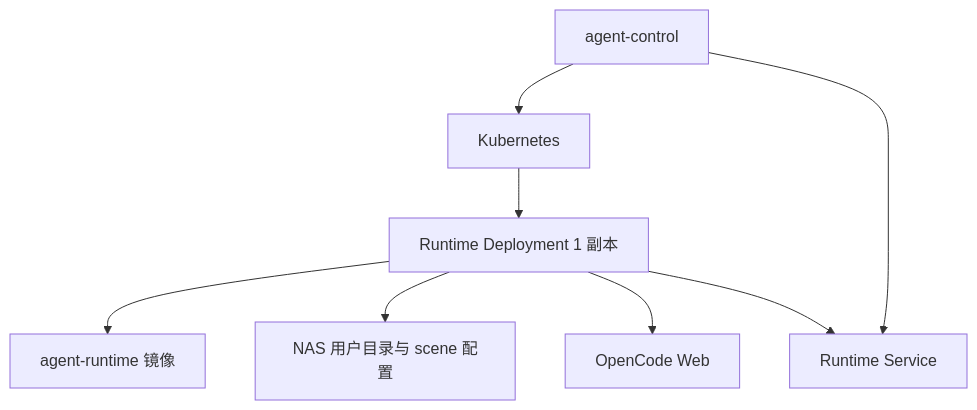
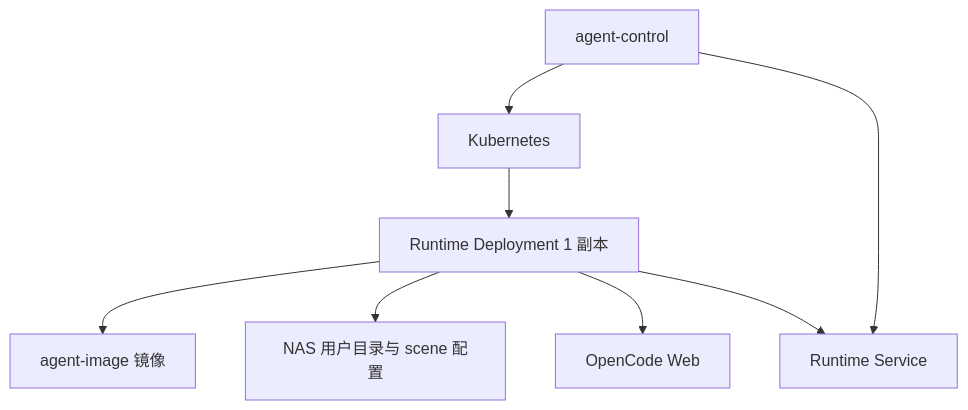
Before and after one commit to ArchAIHarness/agent-image: the diagram in README.md, drawn with Mermaid. The commit also changed other lines of this file and 1 other file, not shown here.

Commit message:
Rename repository from agent-runtime to agent-image

````diff
--- a/README.md
+++ b/README.md
@@ -27,18 +27,18 @@
 ```mermaid
 graph TD
     CONTROL["agent-control"]
     K8S["Kubernetes"]
     DEPLOY["Runtime Deployment 1 副本"]
     SVC["Runtime Service"]
-    IMAGE["agent-runtime 镜像"]
+    IMAGE["agent-image 镜像"]
     NAS["NAS 用户目录与 scene 配置"]
     OPENCODE["OpenCode Web"]
 
     CONTROL --> K8S
     K8S --> DEPLOY
     DEPLOY --> IMAGE
     DEPLOY --> NAS
     DEPLOY --> OPENCODE
     DEPLOY --> SVC
     CONTROL --> SVC
 ```
````
